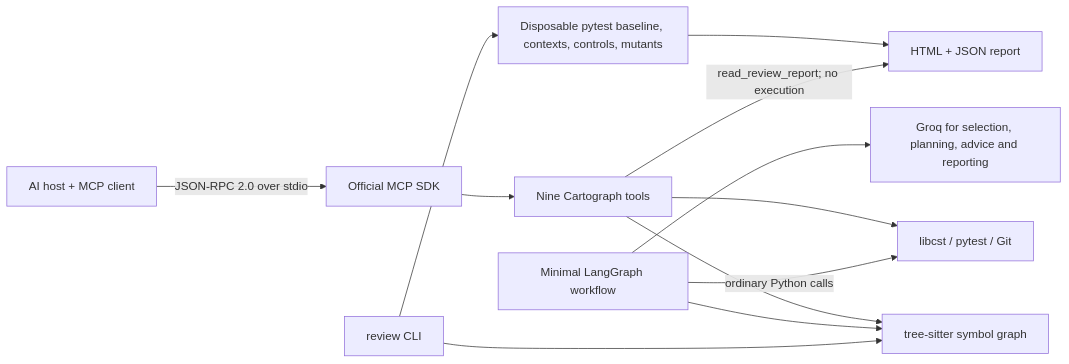
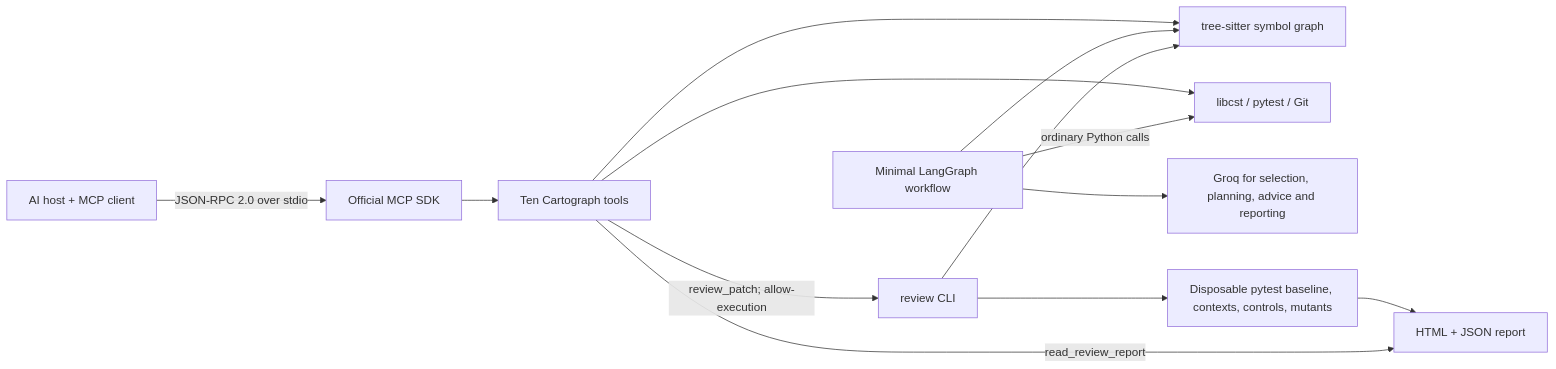
One commit to HetSarsava/Cartograph changed the diagram in docs/architecture.md. Above: the diagram before and after it, drawn with Mermaid. The commit also changed other lines of this file and 55 other files, not shown here.

Commit message:
Polish Cartograph MCP and change review workflows

````diff
--- a/docs/architecture.md
+++ b/docs/architecture.md
@@ -7,14 +7,15 @@
 ```mermaid
 flowchart LR
     Host["AI host + MCP client"] -->|"JSON-RPC 2.0 over stdio"| SDK["Official MCP SDK"]
-    SDK --> Tools["Nine Cartograph tools"]
+    SDK --> Tools["Ten Cartograph tools"]
     Tools --> Index["tree-sitter symbol graph"]
     Tools --> Actions["libcst / pytest / Git"]
     Workflow["Minimal LangGraph workflow"] -->|"ordinary Python calls"| Actions
     Workflow --> Index
     Workflow --> Groq["Groq for selection, planning, advice and reporting"]
     Review["review CLI"] --> Index
     Review --> Evidence["Disposable pytest baseline, contexts, controls, mutants"]
     Evidence --> Report["HTML + JSON report"]
-    Tools -->|"read_review_report; no execution"| Report
+    Tools -->|"review_patch; allow-execution"| Review
+    Tools -->|"read_review_report"| Report
 ```
````
